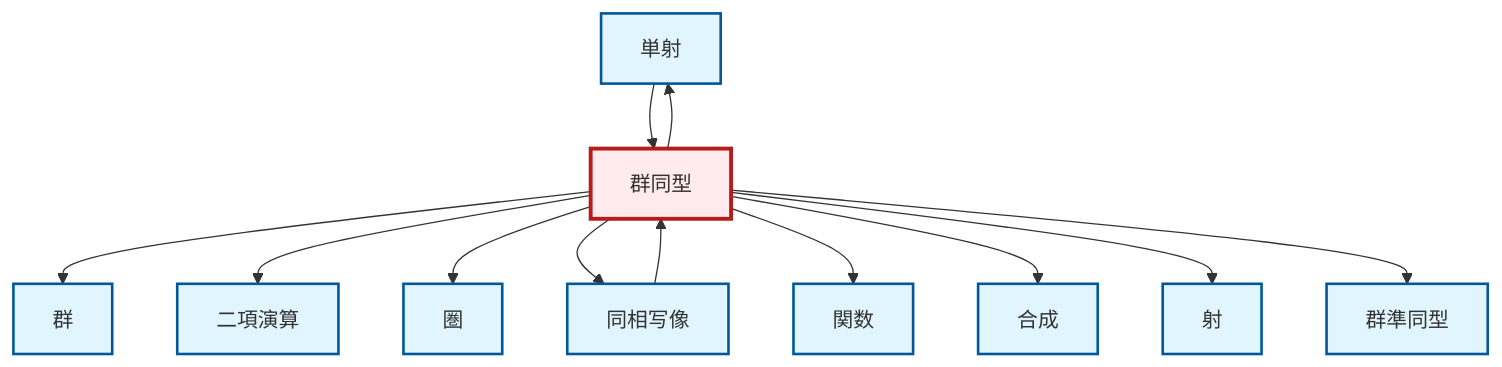
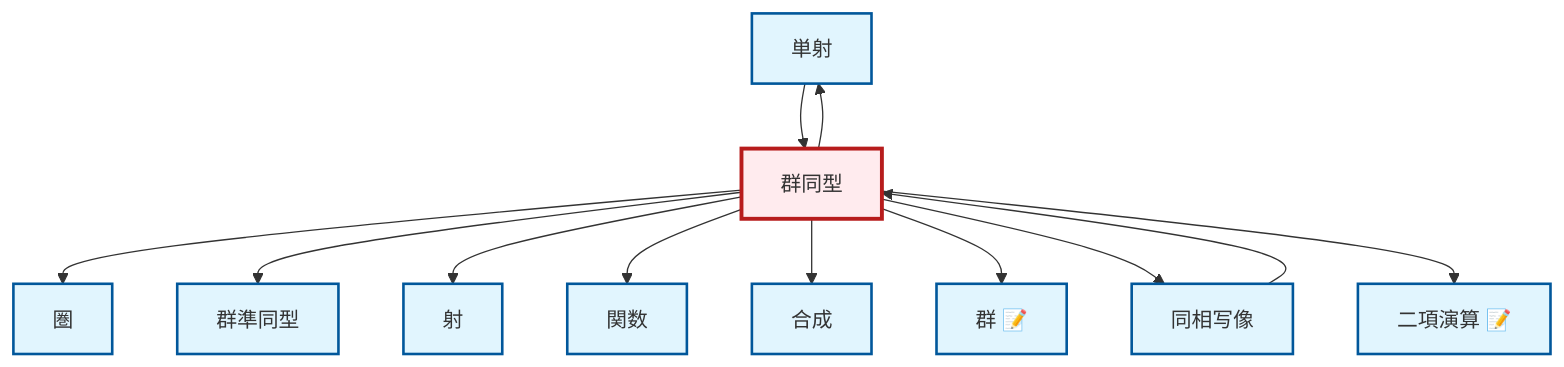
Before and after one commit to RK0429/ModernMath: the diagram in output/mermaid/ja/def-isomorphism.mermaid, drawn with Mermaid. The commit also changed 1779 other files, not shown here.

```diff
--- a/output/mermaid/ja/def-isomorphism.mermaid
+++ b/output/mermaid/ja/def-isomorphism.mermaid
@@ -1,28 +1,28 @@
 graph TD
     classDef definition fill:#e1f5fe,stroke:#01579b,stroke-width:2px
     classDef theorem fill:#f3e5f5,stroke:#4a148c,stroke-width:2px
     classDef axiom fill:#fff3e0,stroke:#e65100,stroke-width:2px
     classDef example fill:#e8f5e9,stroke:#1b5e20,stroke-width:2px
     classDef current fill:#ffebee,stroke:#b71c1c,stroke-width:3px
-    def-group["群"]:::definition
+    def-category["圏"]:::definition
+    def-group["群 📝"]:::definition
+    def-monomorphism["単射"]:::definition
+    def-isomorphism["群同型"]:::definition
+    def-homeomorphism["同相写像"]:::definition
+    def-morphism["射"]:::definition
+    def-composition["合成"]:::definition
     def-homomorphism["群準同型"]:::definition
     def-function["関数"]:::definition
-    def-category["圏"]:::definition
-    def-binary-operation["二項演算"]:::definition
-    def-monomorphism["単射"]:::definition
-    def-composition["合成"]:::definition
-    def-morphism["射"]:::definition
-    def-isomorphism["群同型"]:::definition
-    def-homeomorphism["同相写像"]:::definition
+    def-binary-operation["二項演算 📝"]:::definition
+    def-isomorphism --> def-category
+    def-isomorphism --> def-homomorphism
+    def-isomorphism --> def-morphism
+    def-isomorphism --> def-function
+    def-isomorphism --> def-composition
     def-isomorphism --> def-group
+    def-monomorphism --> def-isomorphism
+    def-isomorphism --> def-homeomorphism
     def-isomorphism --> def-monomorphism
     def-homeomorphism --> def-isomorphism
     def-isomorphism --> def-binary-operation
-    def-monomorphism --> def-isomorphism
-    def-isomorphism --> def-category
-    def-isomorphism --> def-homeomorphism
-    def-isomorphism --> def-function
-    def-isomorphism --> def-composition
-    def-isomorphism --> def-morphism
-    def-isomorphism --> def-homomorphism
     class def-isomorphism current
```
